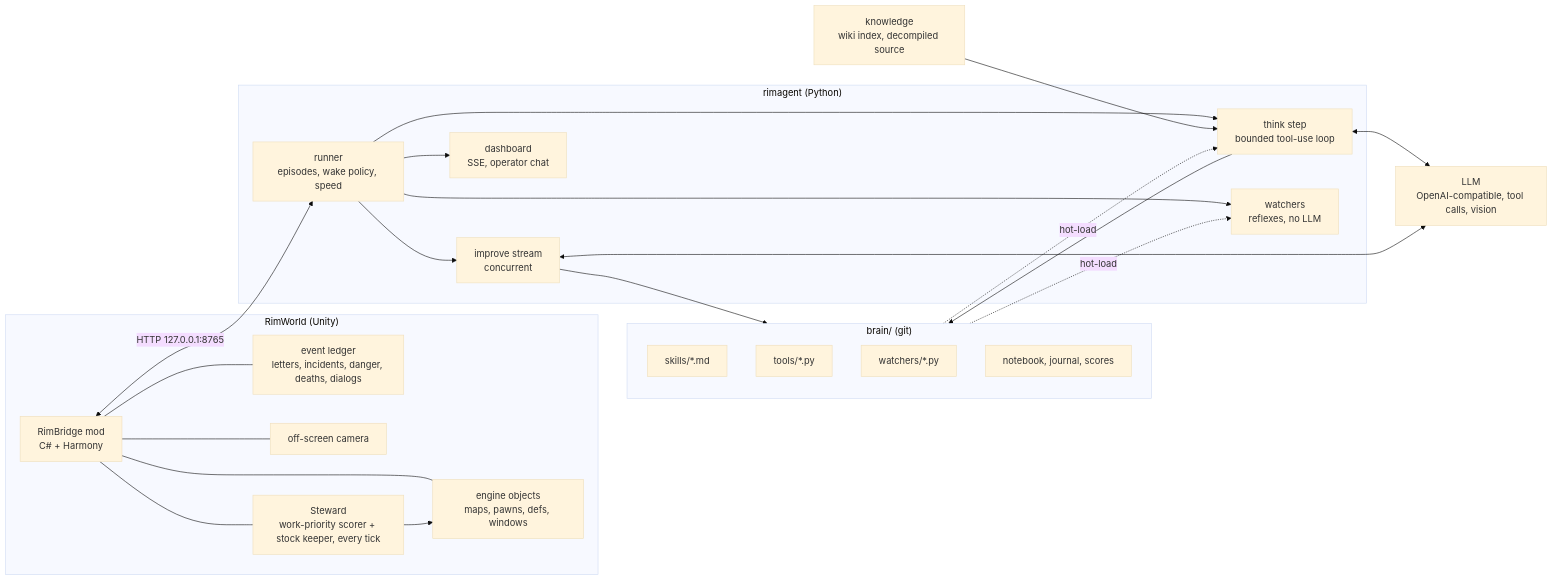
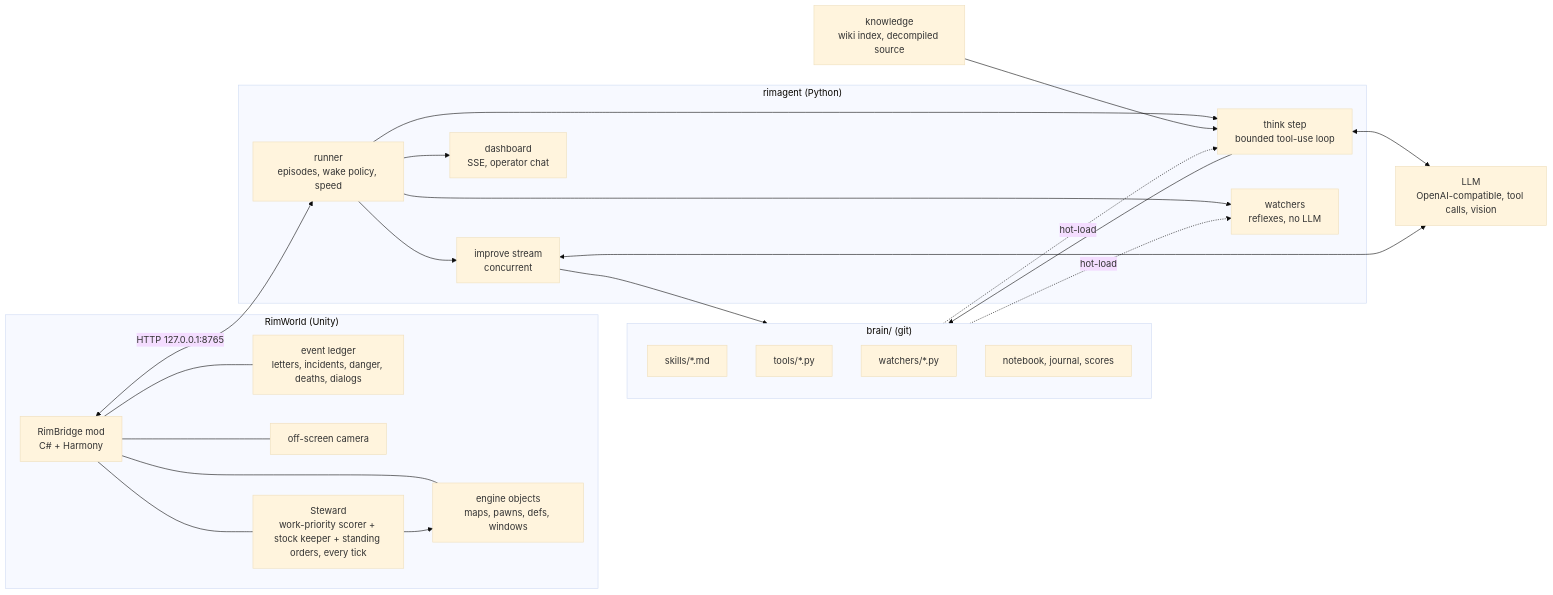
One commit to kodek/rimagent changed the first of 3 diagrams in README.md. Above: the diagram before and after it, drawn with Mermaid (base theme). The commit also changed other lines of this file and 49 other files, not shown here.

First line of the commit message:
Steward: standing orders (combat with rally point, rescue, fire, unforbid, corpses, beds, policies, blueprints)

````diff
--- a/README.md
+++ b/README.md
@@ -48,42 +48,42 @@
 ```mermaid
 flowchart LR
   subgraph game["RimWorld (Unity)"]
     RB["RimBridge mod<br/>C# + Harmony"]
     E["engine objects<br/>maps, pawns, defs, windows"]
     L["event ledger<br/>letters, incidents, danger, deaths, dialogs"]
     C["off-screen camera"]
-    ST["Steward<br/>work-priority scorer + stock keeper, every tick"]
+    ST["Steward<br/>work-priority scorer + stock keeper + standing orders, every tick"]
     RB --- E
     RB --- L
     RB --- C
     RB --- ST
     ST --> E
   end
   subgraph agent["rimagent (Python)"]
     R["runner<br/>episodes, wake policy, speed"]
     T["think step<br/>bounded tool-use loop"]
     W["watchers<br/>reflexes, no LLM"]
     I["improve stream<br/>concurrent"]
     D["dashboard<br/>SSE, operator chat"]
     R --> T
     R --> W
     R --> I
     R --> D
   end
   subgraph brain["brain/ (git)"]
     S["skills/*.md"]
     TL["tools/*.py"]
     WT["watchers/*.py"]
     M["notebook, journal, scores"]
   end
   K["knowledge<br/>wiki index, decompiled source"]
   LLM["LLM<br/>OpenAI-compatible, tool calls, vision"]
   RB <-- "HTTP 127.0.0.1:8765" --> R
   T <--> LLM
   I <--> LLM
   T --> brain
   I --> brain
   brain -. hot-load .-> T
   brain -. hot-load .-> W
   K --> T
 ```
````
